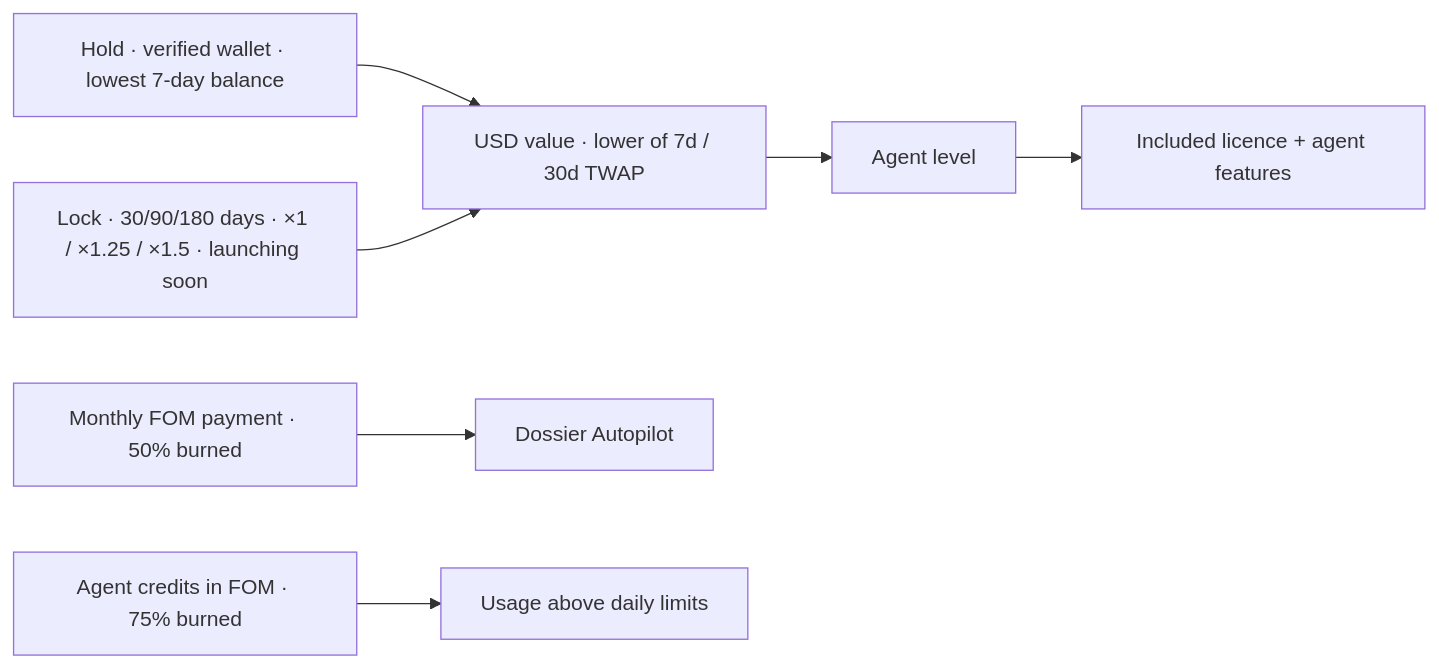
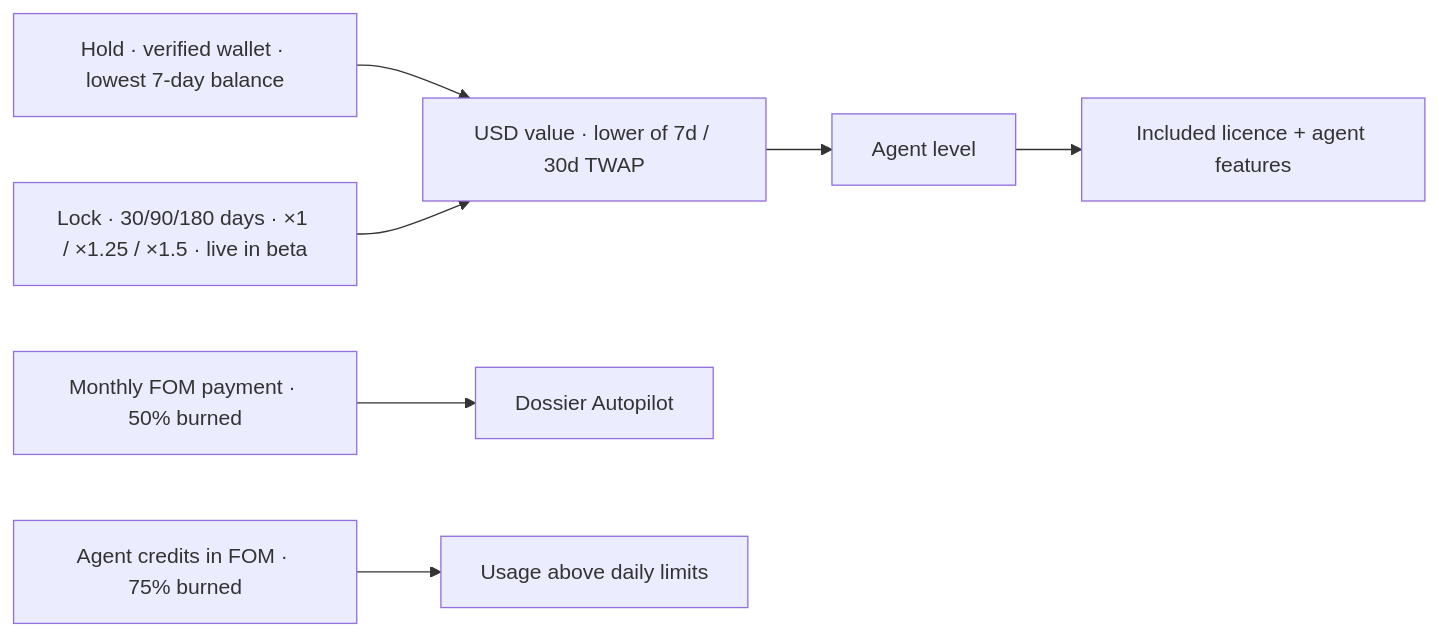
One commit to formionai/docs changed the diagram in fom-token.md. Above: the diagram before and after it, drawn with Mermaid. The commit also changed other lines of this file and 6 other files, not shown here.

Commit message:
FOM Lock v3 live in beta: contract address, linking the wallet for the included licence

````diff
--- a/fom-token.md
+++ b/fom-token.md
@@ -127,9 +127,9 @@
 ```mermaid
 flowchart LR
   Hold[Hold · verified wallet · lowest 7-day balance] --> Value[USD value · lower of 7d / 30d TWAP]
-  Lock[Lock · 30/90/180 days · ×1 / ×1.25 / ×1.5 · launching soon] --> Value
+  Lock[Lock · 30/90/180 days · ×1 / ×1.25 / ×1.5 · live in beta] --> Value
   Value --> Level[Agent level]
   Level --> Licence[Included licence + agent features]
   Pay[Monthly FOM payment · 50% burned] --> Autopilot[Dossier Autopilot]
   Credits[Agent credits in FOM · 75% burned] --> Extra[Usage above daily limits]
 ```
````
